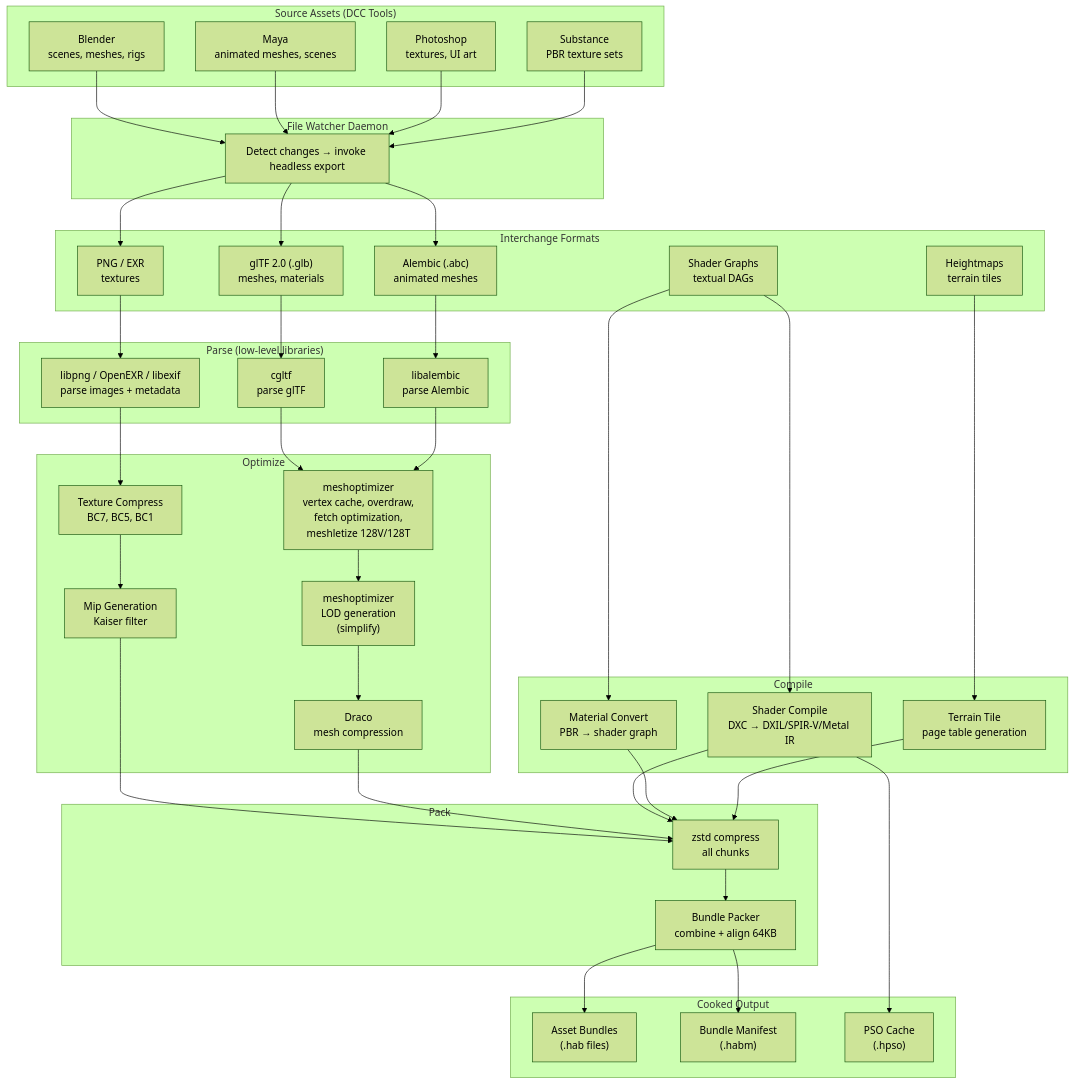
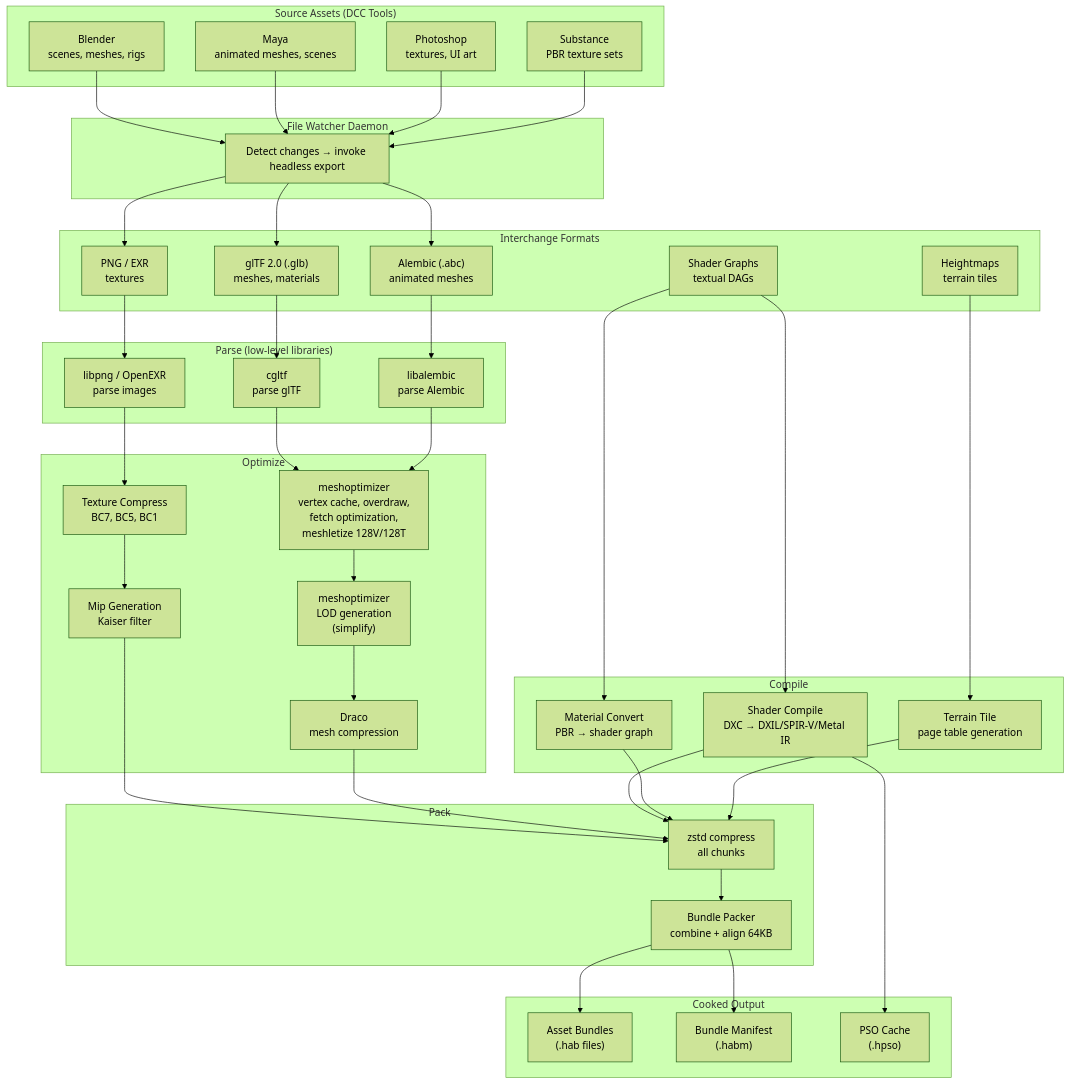
One commit to harmonius-dev/harmonius changed the first of 7 diagrams in docs/design/asset-pipeline.md. Above: the diagram before and after it, drawn with Mermaid (forest theme). The commit also changed other lines of this file and 4 other files, not shown here.

````diff
--- a/docs/design/asset-pipeline.md
+++ b/docs/design/asset-pipeline.md
@@ -77,72 +76,72 @@
 ```mermaid
 flowchart TD
     subgraph source["Source Assets (DCC Tools)"]
         BL["Blender<br/>scenes, meshes, rigs"]
         MY["Maya<br/>animated meshes, scenes"]
         PS["Photoshop<br/>textures, UI art"]
         SB["Substance<br/>PBR texture sets"]
     end
 
     subgraph watcher["File Watcher Daemon"]
         FW["Detect changes → invoke headless export"]
     end
 
     subgraph interchange["Interchange Formats"]
         GLB["glTF 2.0 (.glb)<br/>meshes, materials"]
         ABC["Alembic (.abc)<br/>animated meshes"]
         PNG_EXR["PNG / EXR<br/>textures"]
         SG["Shader Graphs<br/>textual DAGs"]
         HMAP["Heightmaps<br/>terrain tiles"]
     end
 
     subgraph parse["Parse (low-level libraries)"]
         P_GLTF["cgltf<br/>parse glTF"]
         P_ABC["libalembic<br/>parse Alembic"]
-        P_IMG["libpng / OpenEXR / libexif<br/>parse images + metadata"]
+        P_IMG["libpng / OpenEXR<br/>parse images"]
     end
 
     subgraph optimize["Optimize"]
         MO["meshoptimizer<br/>vertex cache, overdraw,<br/>fetch optimization,<br/>meshletize 128V/128T"]
         LOD["meshoptimizer<br/>LOD generation<br/>(simplify)"]
         DC["Draco<br/>mesh compression"]
         TC["Texture Compress<br/>BC7, BC5, BC1"]
         MIP["Mip Generation<br/>Kaiser filter"]
     end
 
     subgraph compile["Compile"]
         SC["Shader Compile<br/>DXC → DXIL/SPIR-V/Metal IR"]
         MAT["Material Convert<br/>PBR → shader graph"]
         TERR["Terrain Tile<br/>page table generation"]
     end
 
     subgraph pack["Pack"]
         ZSTD["zstd compress<br/>all chunks"]
         PACK["Bundle Packer<br/>combine + align 64KB"]
     end
 
     subgraph output["Cooked Output"]
         Bundle["Asset Bundles<br/>(.hab files)"]
         Manifest["Bundle Manifest<br/>(.habm)"]
         PSO_Cache["PSO Cache<br/>(.hpso)"]
     end
 
     BL --> FW
     MY --> FW
     PS --> FW
     SB --> FW
     FW --> GLB
     FW --> ABC
     FW --> PNG_EXR
 
     GLB --> P_GLTF --> MO
     ABC --> P_ABC --> MO
     PNG_EXR --> P_IMG --> TC --> MIP --> ZSTD
     MO --> LOD --> DC --> ZSTD
     SG --> SC --> ZSTD
     SG --> MAT --> ZSTD
     HMAP --> TERR --> ZSTD
     ZSTD --> PACK
     PACK --> Bundle
     PACK --> Manifest
     SC --> PSO_Cache
 ```
````
